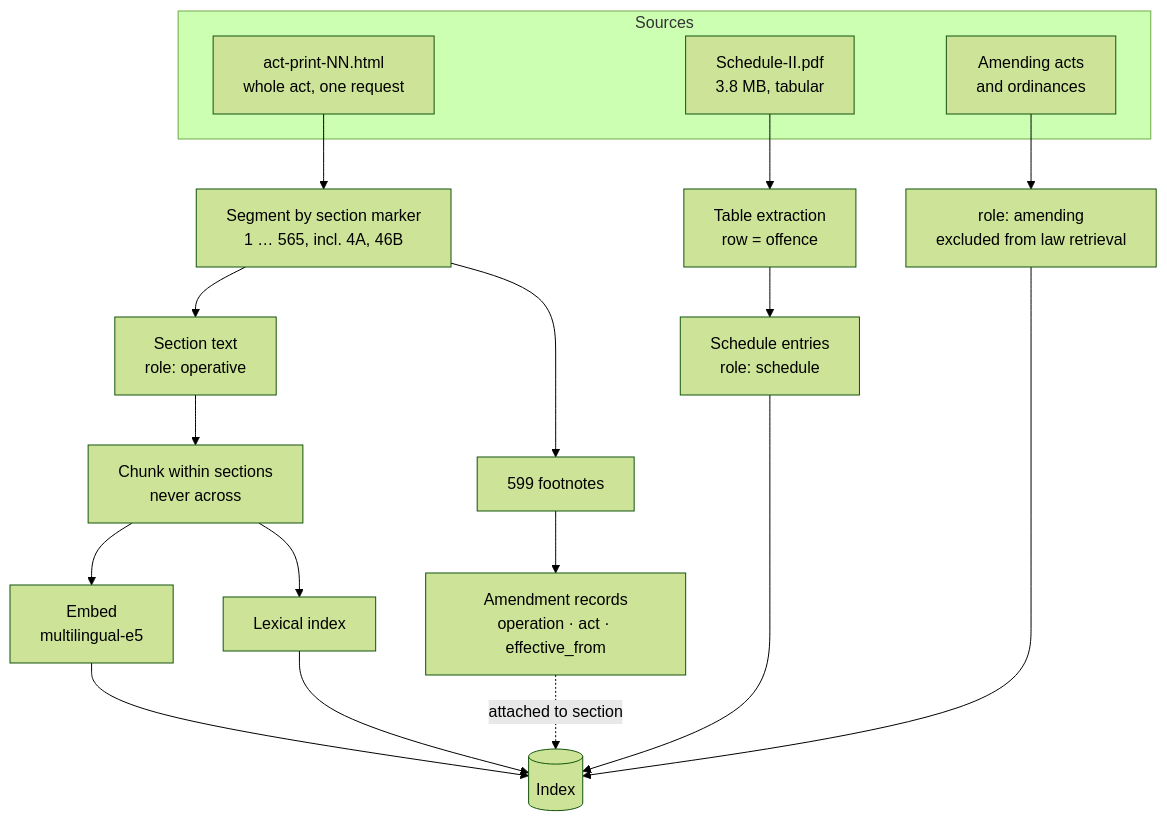
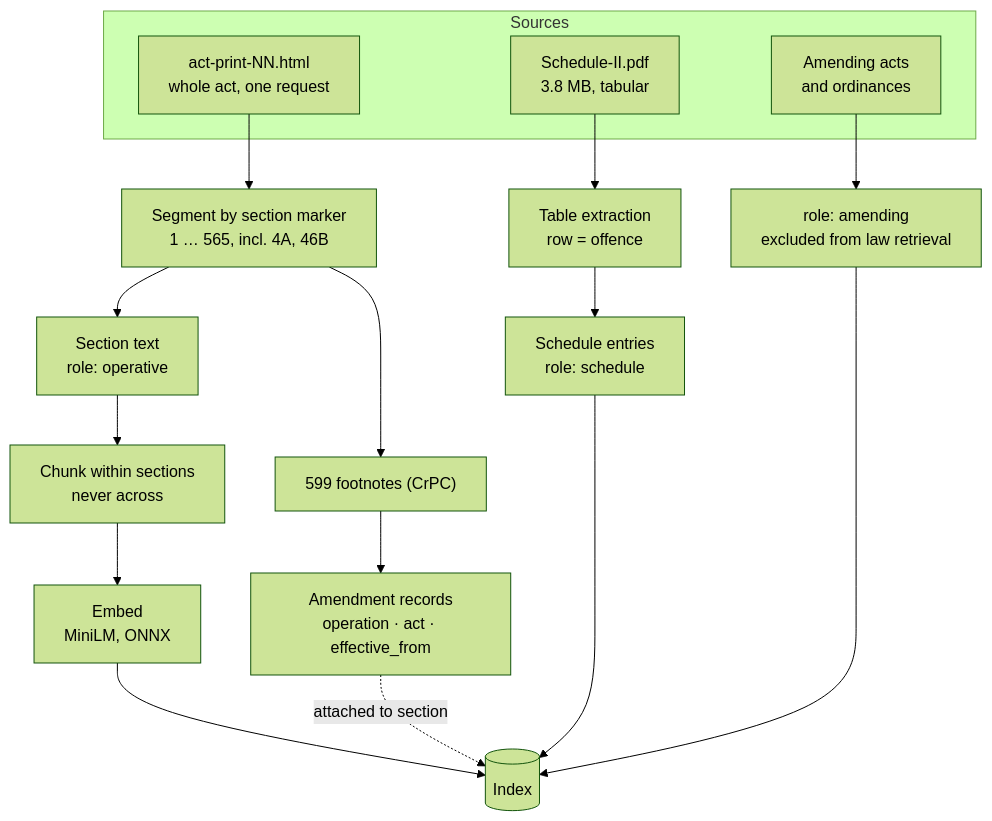
One commit to asifuddin01/Criminal-Law-Q-A-Assistant changed the second of 4 diagrams in docs/architecture.md. Above: the diagram before and after it, drawn with Mermaid (forest theme). The commit also changed other lines of this file and 9 other files, not shown here.

````diff
--- a/docs/architecture.md
+++ b/docs/architecture.md
@@ -42,29 +42,27 @@
 ```mermaid
 flowchart TB
     subgraph sources ["Sources"]
         PRINT["act-print-NN.html<br/>whole act, one request"]
         SCHED["Schedule-II.pdf<br/>3.8 MB, tabular"]
         AMEND["Amending acts<br/>and ordinances"]
     end
 
     PRINT --> SPLIT["Segment by section marker<br/>1 … 565, incl. 4A, 46B"]
     SPLIT --> BODY["Section text<br/>role: operative"]
-    SPLIT --> FN["599 footnotes"]
+    SPLIT --> FN["599 footnotes (CrPC)"]
 
     FN --> AREC["Amendment records<br/>operation · act · effective_from"]
 
     SCHED --> TAB["Table extraction<br/>row = offence"]
     TAB --> SROW["Schedule entries<br/>role: schedule"]
 
     AMEND --> AROLE["role: amending<br/>excluded from law retrieval"]
 
     BODY --> CH["Chunk within sections<br/>never across"]
-    CH --> EMB["Embed<br/>multilingual-e5"]
-    CH --> BM["Lexical index"]
+    CH --> EMB["Embed<br/>MiniLM, ONNX"]
 
     EMB --> IDX[("Index")]
-    BM --> IDX
     SROW --> IDX
     AROLE --> IDX
     AREC -.->|"attached to section"| IDX
 ```
````
